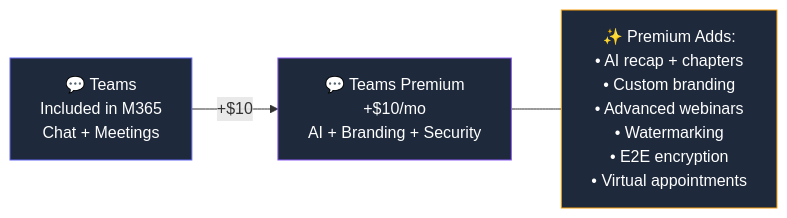
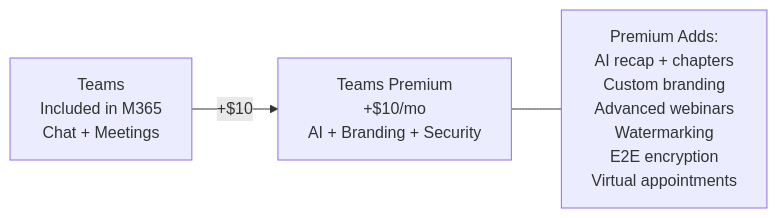
The diagram in content/licensing/teams-premium.md (susanthgit/aguidetocloud-revamp), drawn with Mermaid before and after one commit. The commit also changed 553 other files, not shown here.

First line of the commit message:
🌸 Z17: Zen Mermaid diagrams — Stripe Docs style

````diff
--- a/content/licensing/teams-premium.md
+++ b/content/licensing/teams-premium.md
@@ -39,11 +39,8 @@
 ```mermaid
 flowchart LR
-    STD["💬 Teams\nIncluded in M365\nChat + Meetings"]
-    PRE["💬 Teams Premium\n+$10/mo\nAI + Branding + Security"]
-    FEAT["✨ Premium Adds:\n• AI recap + chapters\n• Custom branding\n• Advanced webinars\n• Watermarking\n• E2E encryption\n• Virtual appointments"]
+    STD["Teams<br/>Included in M365<br/>Chat + Meetings"]
+    PRE["Teams Premium<br/>+$10/mo<br/>AI + Branding + Security"]
+    FEAT["Premium Adds:<br/>AI recap + chapters<br/>Custom branding<br/>Advanced webinars<br/>Watermarking<br/>E2E encryption<br/>Virtual appointments"]
     STD -->|"+$10"| PRE
     PRE --- FEAT
-    style STD fill:#1e293b,stroke:#6366f1,color:#ffffff
-    style PRE fill:#1e293b,stroke:#8b5cf6,color:#ffffff
-    style FEAT fill:#1e293b,stroke:#f59e0b,color:#ffffff
 ```
````
